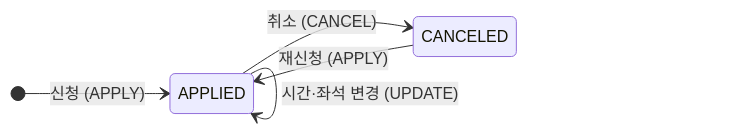
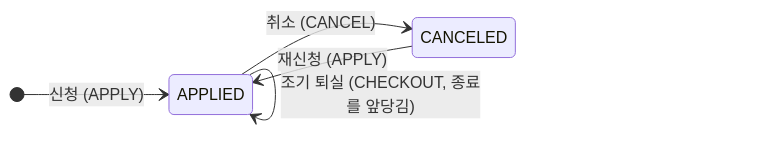
Before and after one commit to JungMINI-developer/hiconsy-task: the third of 3 diagrams in docs/database.md, drawn with Mermaid. The commit also changed other lines of this file and 6 other files, not shown here.

````diff
--- a/docs/database.md
+++ b/docs/database.md
@@ -112,8 +112,9 @@
 ```mermaid
 stateDiagram-v2
   direction LR
   [*] --> APPLIED : 신청 (APPLY)
   APPLIED --> APPLIED : 시간·좌석 변경 (UPDATE)
+  APPLIED --> APPLIED : 조기 퇴실 (CHECKOUT, 종료를 앞당김)
   APPLIED --> CANCELED : 취소 (CANCEL)
   CANCELED --> APPLIED : 재신청 (APPLY)
 ```
````
